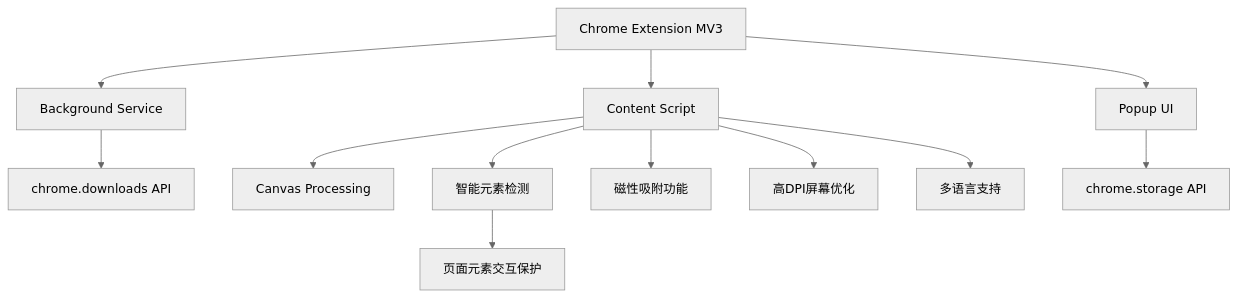
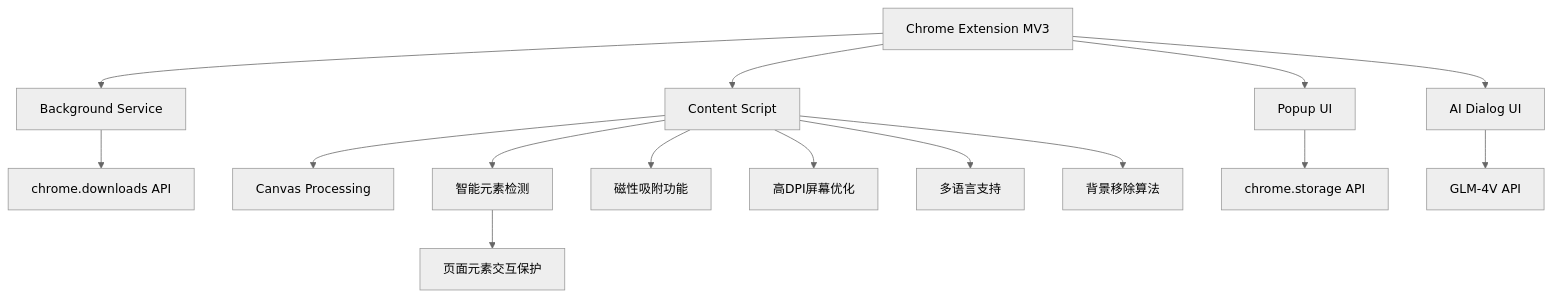
Before and after one commit to zhushen12580/smart-screenshot: the diagram in readme.md, drawn with Mermaid (neutral theme). The commit also changed other lines of this file and 3 other files, not shown here.

````diff
--- a/readme.md
+++ b/readme.md
@@ -101,14 +160,17 @@
 ```mermaid
 graph TD
     A[Chrome Extension MV3] --> B[Background Service]
     A --> C[Content Script]
     A --> D[Popup UI]
+    A --> N[AI Dialog UI]
     B --> E[chrome.downloads API]
     C --> F[Canvas Processing]
     D --> G[chrome.storage API]
     C --> H[智能元素检测]
     H --> L[页面元素交互保护]
     C --> I[磁性吸附功能]
     C --> J[高DPI屏幕优化]
     C --> K[多语言支持]
+    C --> M[背景移除算法]
+    N --> O[GLM-4V API]
 ```
````
